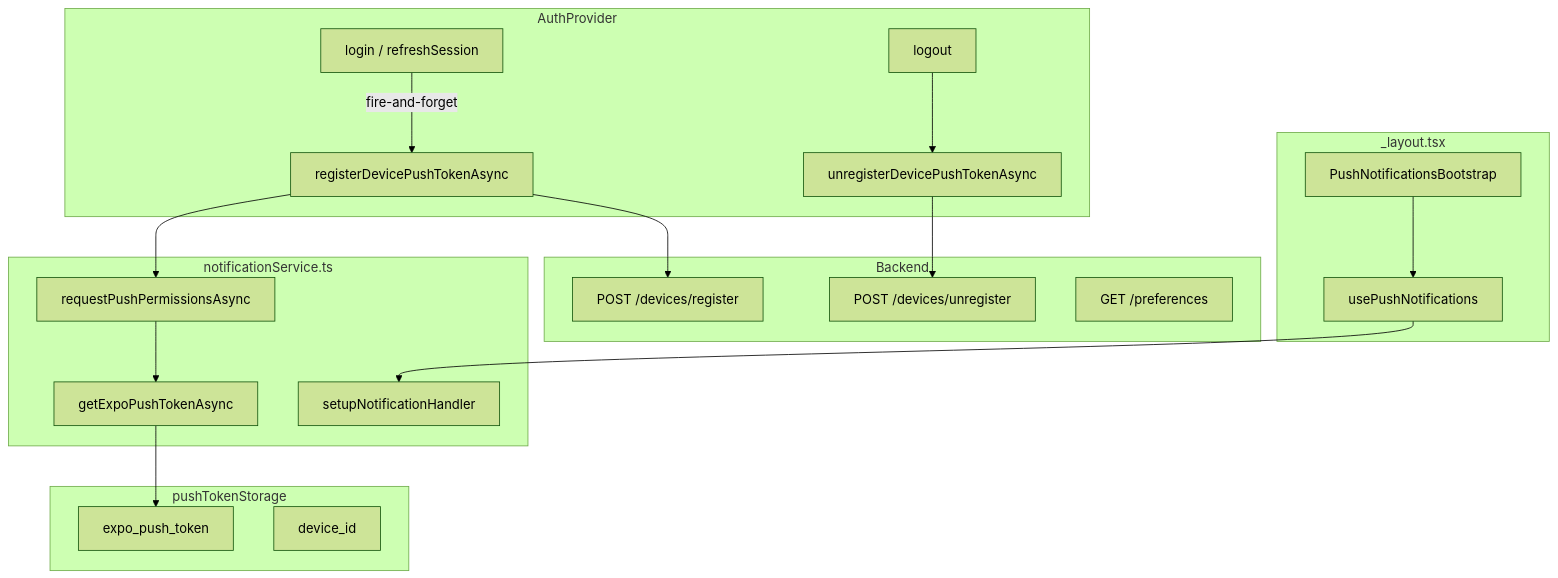
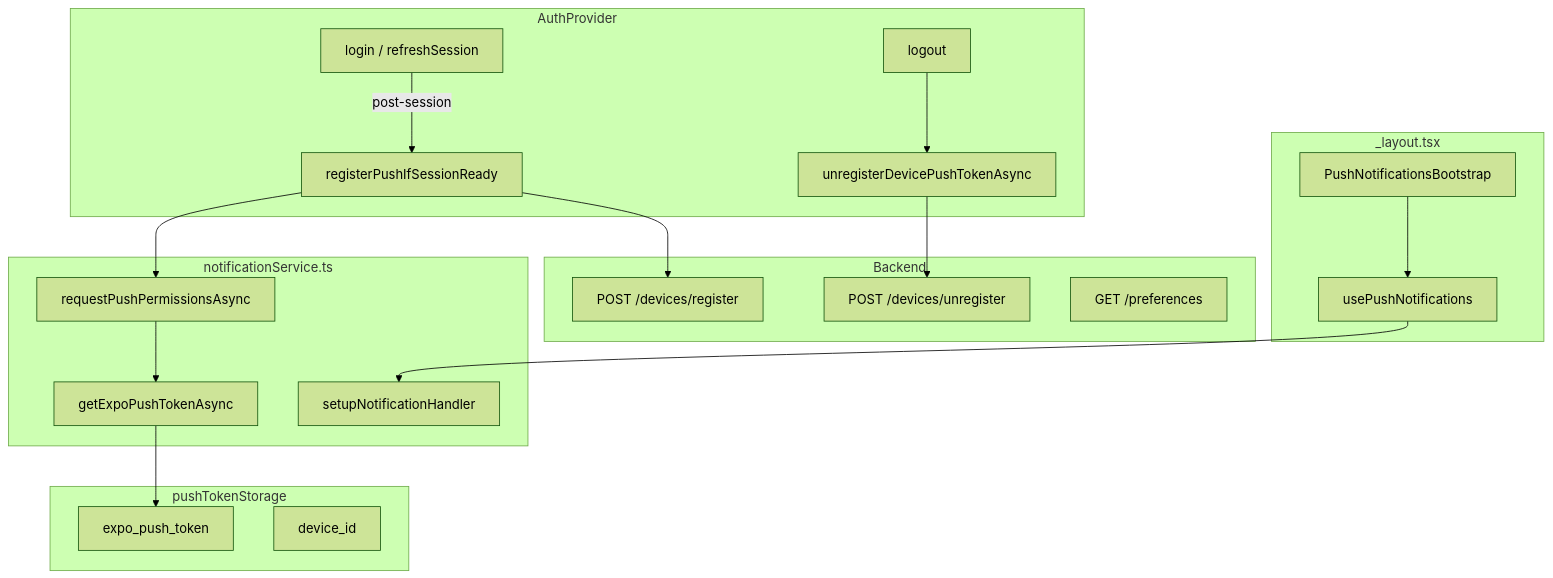
One commit to Clashdev21/rutafy-android changed the first of 5 diagrams in docs/push-notifications.md. Above: the diagram before and after it, drawn with Mermaid (forest theme). The commit also changed other lines of this file and 59 other files, not shown here.

````diff
--- a/docs/push-notifications.md
+++ b/docs/push-notifications.md
@@ -32,38 +32,38 @@
 ```mermaid
 flowchart TB
   subgraph Boot["_layout.tsx"]
     BOOT[PushNotificationsBootstrap]
     HOOK[usePushNotifications]
     BOOT --> HOOK
   end
 
   subgraph Auth["AuthProvider"]
     LOGIN[login / refreshSession]
     LOGOUT[logout]
-    LOGIN -->|fire-and-forget| REG[registerDevicePushTokenAsync]
+    LOGIN -->|post-session| REG[registerPushIfSessionReady]
     LOGOUT --> UNREG[unregisterDevicePushTokenAsync]
   end
 
   subgraph Service["notificationService.ts"]
     PERM[requestPushPermissionsAsync]
     TOKEN[getExpoPushTokenAsync]
     HANDLER[setupNotificationHandler]
   end
 
   subgraph Storage["pushTokenStorage"]
     EPT[expo_push_token]
     DID[device_id]
   end
 
   subgraph Backend
     API_REG[POST /devices/register]
     API_UNREG[POST /devices/unregister]
     API_PREF[GET /preferences]
   end
 
   REG --> PERM --> TOKEN
   TOKEN --> EPT
   REG --> API_REG
   UNREG --> API_UNREG
   HOOK --> HANDLER
 ```
````
